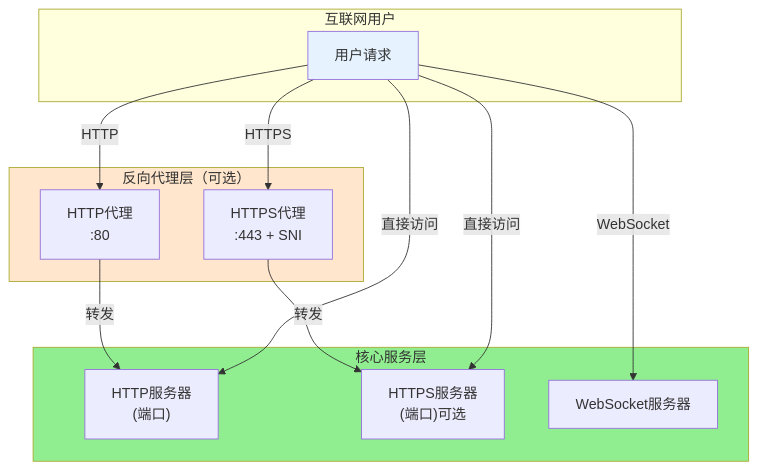
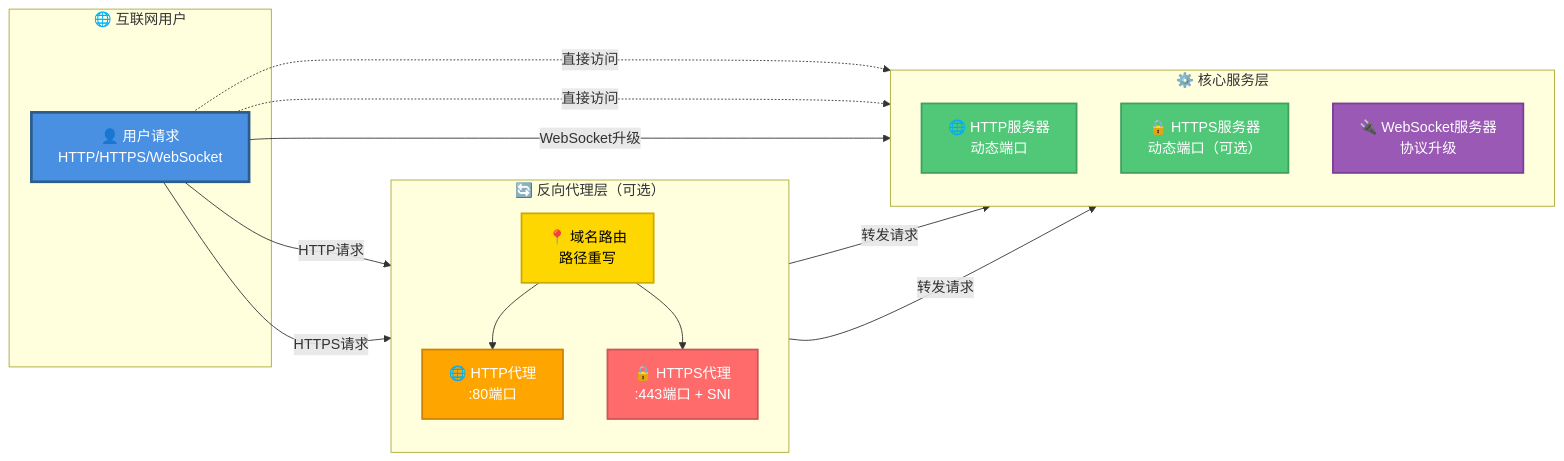
Before and after one commit to sunflowermm/XRK-AGT: the third of 13 diagrams in docs/server.md, drawn with Mermaid. The commit also changed other lines of this file and 9 other files, not shown here.

````diff
--- a/docs/server.md
+++ b/docs/server.md
@@ -193,29 +213,39 @@
 ```mermaid
-flowchart TB
-    subgraph Internet["互联网用户"]
-        User[用户请求]
+flowchart LR
+    subgraph Internet["🌐 互联网用户"]
+        User["👤 用户请求<br/>HTTP/HTTPS/WebSocket"]
     end
     
-    subgraph Proxy["反向代理层（可选）"]
-        HTTP80[HTTP代理<br/>:80]
-        HTTPS443[HTTPS代理<br/>:443 + SNI]
+    subgraph Proxy["🔄 反向代理层（可选）"]
+        direction TB
+        HTTP80["🌐 HTTP代理<br/>:80端口"]
+        HTTPS443["🔒 HTTPS代理<br/>:443端口 + SNI"]
+        DomainRoute["📍 域名路由<br/>路径重写"]
     end
     
-    subgraph Core["核心服务层"]
-        HTTPPort["HTTP服务器<br/>(端口)"]
-        HTTPSPort["HTTPS服务器<br/>(端口)可选"]
-        WS[WebSocket服务器]
+    subgraph Core["⚙️ 核心服务层"]
+        direction TB
+        HTTPPort["🌐 HTTP服务器<br/>动态端口"]
+        HTTPSPort["🔒 HTTPS服务器<br/>动态端口（可选）"]
+        WS["🔌 WebSocket服务器<br/>协议升级"]
     end
     
-    User -->|HTTP| HTTP80
-    User -->|HTTPS| HTTPS443
-    HTTP80 -->|转发| HTTPPort
-    HTTPS443 -->|转发| HTTPSPort
-    User -->|直接访问| HTTPPort
-    User -->|直接访问| HTTPSPort
-    User -->|WebSocket| WS
+    User -->|"HTTP请求"| HTTP80
+    User -->|"HTTPS请求"| HTTPS443
+    User -.->|"直接访问"| HTTPPort
+    User -.->|"直接访问"| HTTPSPort
+    User -->|"WebSocket升级"| WS
     
-    style User fill:#E6F3FF
-    style Proxy fill:#FFE6CC
-    style Core fill:#90EE90
+    HTTP80 -->|"转发请求"| HTTPPort
+    HTTPS443 -->|"转发请求"| HTTPSPort
+    DomainRoute --> HTTP80
+    DomainRoute --> HTTPS443
+    
+    style User fill:#4A90E2,stroke:#2E5C8A,stroke-width:3px,color:#fff
+    style HTTP80 fill:#FFA500,stroke:#CC8400,stroke-width:2px,color:#fff
+    style HTTPS443 fill:#FF6B6B,stroke:#CC5555,stroke-width:2px,color:#fff
+    style HTTPPort fill:#50C878,stroke:#3FA060,stroke-width:2px,color:#fff
+    style HTTPSPort fill:#50C878,stroke:#3FA060,stroke-width:2px,color:#fff
+    style WS fill:#9B59B6,stroke:#7D3C98,stroke-width:2px,color:#fff
+    style DomainRoute fill:#FFD700,stroke:#CCAA00,stroke-width:2px,color:#000
 ```
````
